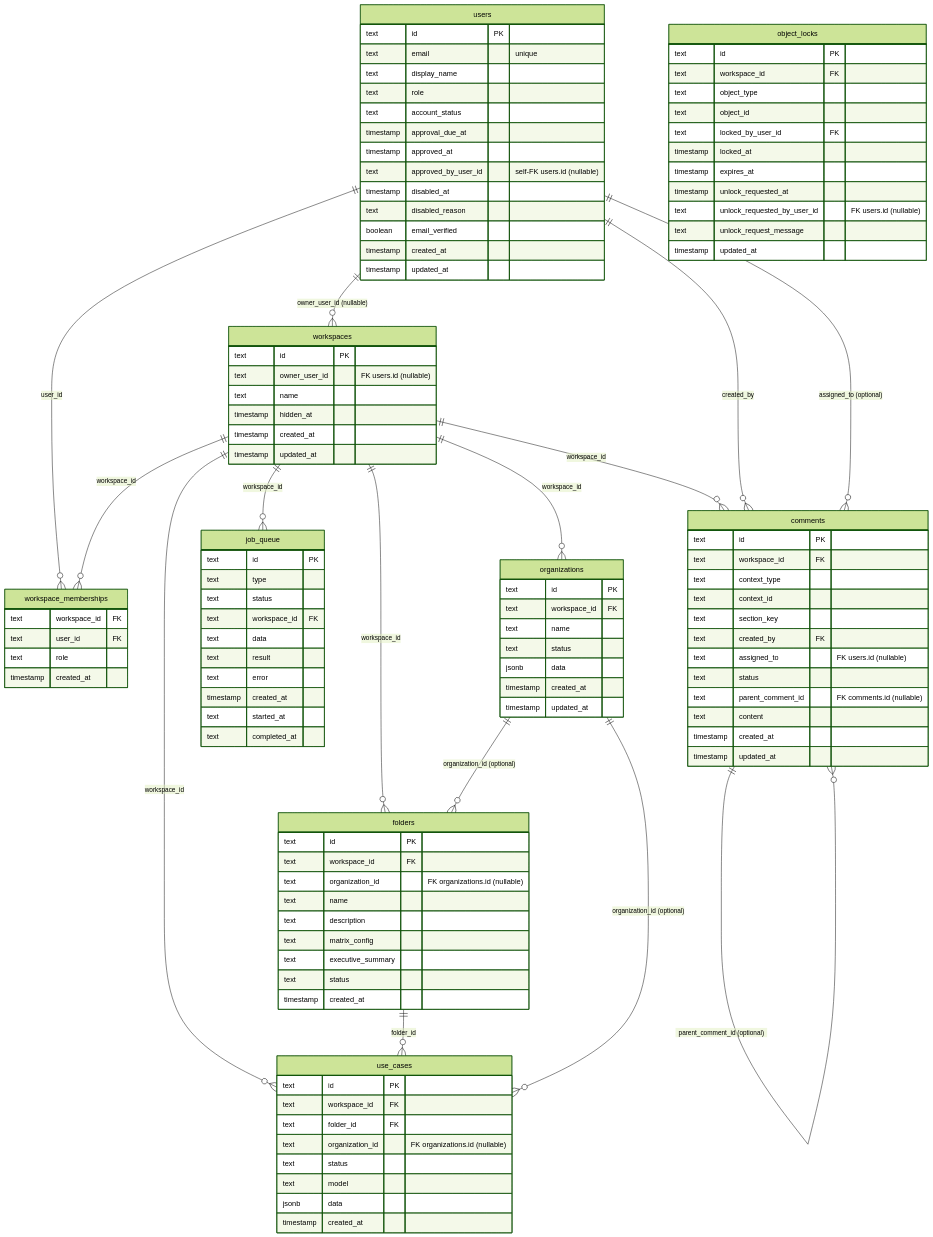
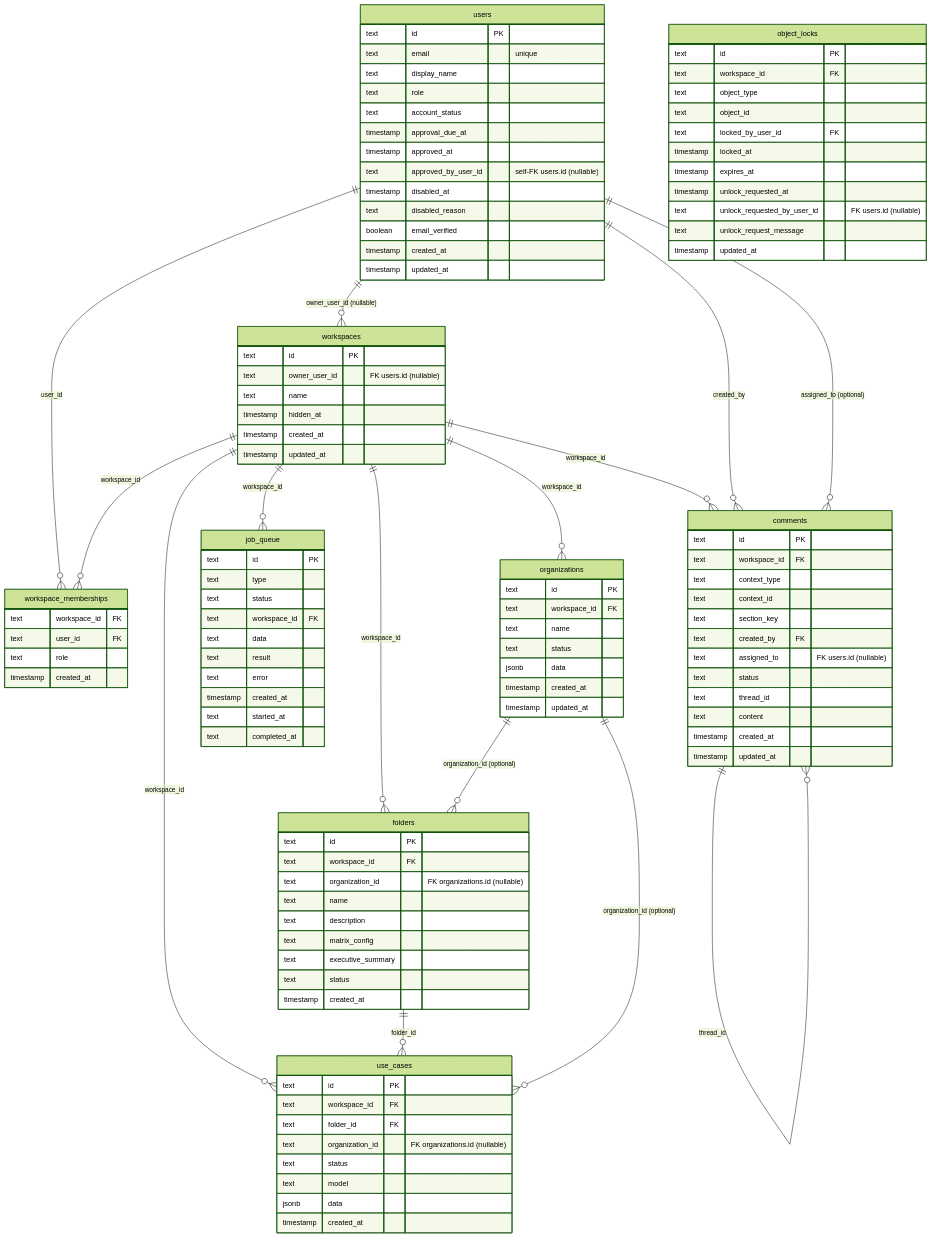
One commit to rhanka/sentropic changed the first of 3 diagrams in spec/DATA_MODEL.md. Above: the diagram before and after it, drawn with Mermaid (forest theme). The commit also changed other lines of this file and 4 other files, not shown here.

```diff
--- a/spec/DATA_MODEL.md
+++ b/spec/DATA_MODEL.md
@@ -22,7 +22,7 @@
     organizations ||--o{ use_cases : "organization_id (optional)"
     users ||--o{ comments : "created_by"
     users ||--o{ comments : "assigned_to (optional)"
-    comments ||--o{ comments : "parent_comment_id (optional)"
+    comments ||--o{ comments : "thread_id"
 
     workspaces {
         text id PK
@@ -125,7 +125,7 @@
         text created_by FK
         text assigned_to "FK users.id (nullable)"
         text status
-        text parent_comment_id "FK comments.id (nullable)"
+        text thread_id
         text content
         timestamp created_at
         timestamp updated_at
```
